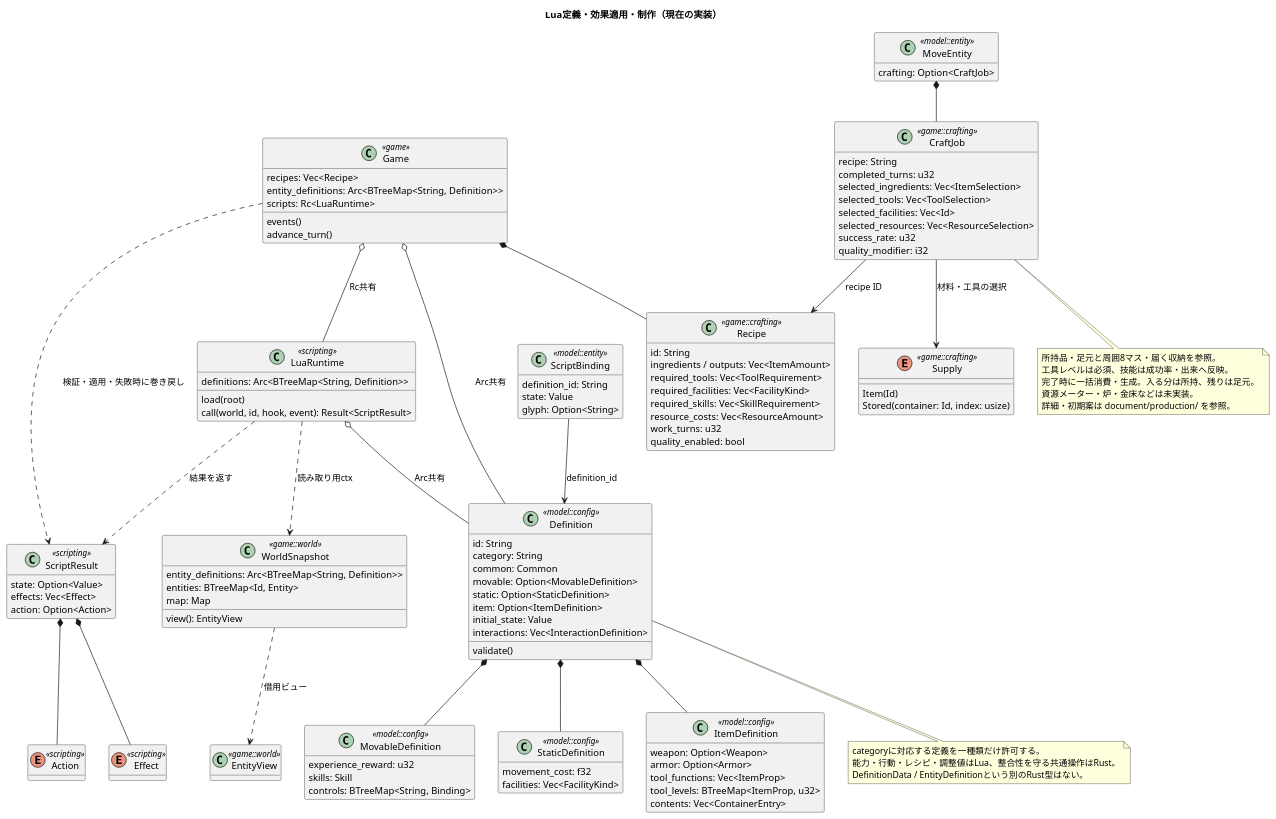
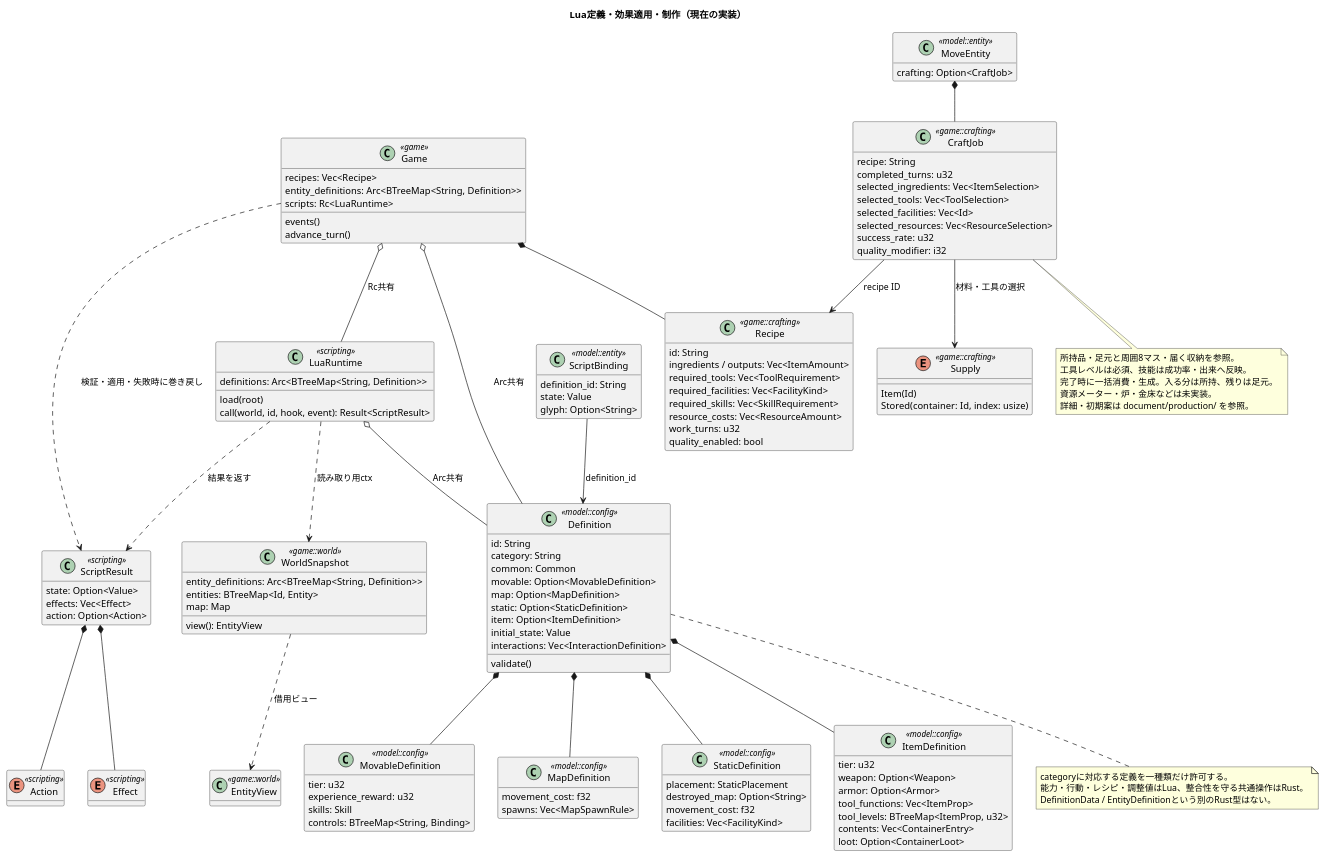
Before and after one commit to motcom/MyRogue: the third of 3 diagrams in document/class.pu, drawn with PlantUML. The commit also changed other lines of this file and 215 other files, not shown here.

```diff
--- a/document/class.pu
+++ b/document/class.pu
@@ -206,123 +214,134 @@
 @startuml class_rules
 title Lua定義・効果適用・制作（現在の実装）
 skinparam shadowing false
 skinparam classAttributeIconSize 0
 hide empty methods
 
 class Game <<game>> {
   recipes: Vec<Recipe>
   entity_definitions: Arc<BTreeMap<String, Definition>>
   scripts: Rc<LuaRuntime>
   events()
   advance_turn()
 }
 class LuaRuntime <<scripting>> {
   definitions: Arc<BTreeMap<String, Definition>>
   load(root)
   call(world, id, hook, event): Result<ScriptResult>
 }
 class ScriptResult <<scripting>> {
   state: Option<Value>
   effects: Vec<Effect>
   action: Option<Action>
 }
 enum Action <<scripting>>
 enum Effect <<scripting>>
 class WorldSnapshot <<game::world>> {
   entity_definitions: Arc<BTreeMap<String, Definition>>
   entities: BTreeMap<Id, Entity>
   map: Map
   view(): EntityView
 }
 class EntityView <<game::world>>
 class ScriptBinding <<model::entity>> {
   definition_id: String
   state: Value
   glyph: Option<String>
 }
 class Definition <<model::config>> {
   id: String
   category: String
   common: Common
   movable: Option<MovableDefinition>
+  map: Option<MapDefinition>
   static: Option<StaticDefinition>
   item: Option<ItemDefinition>
   initial_state: Value
   interactions: Vec<InteractionDefinition>
   validate()
 }
 class MovableDefinition <<model::config>> {
+  tier: u32
   experience_reward: u32
   skills: Skill
   controls: BTreeMap<String, Binding>
 }
+class MapDefinition <<model::config>> {
+  movement_cost: f32
+  spawns: Vec<MapSpawnRule>
+}
 class StaticDefinition <<model::config>> {
+  placement: StaticPlacement
+  destroyed_map: Option<String>
   movement_cost: f32
   facilities: Vec<FacilityKind>
 }
 class ItemDefinition <<model::config>> {
+  tier: u32
   weapon: Option<Weapon>
   armor: Option<Armor>
   tool_functions: Vec<ItemProp>
   tool_levels: BTreeMap<ItemProp, u32>
   contents: Vec<ContainerEntry>
+  loot: Option<ContainerLoot>
 }
 class Recipe <<game::crafting>> {
   id: String
   ingredients / outputs: Vec<ItemAmount>
   required_tools: Vec<ToolRequirement>
   required_facilities: Vec<FacilityKind>
   required_skills: Vec<SkillRequirement>
   resource_costs: Vec<ResourceAmount>
   work_turns: u32
   quality_enabled: bool
 }
 class CraftJob <<game::crafting>> {
   recipe: String
   completed_turns: u32
   selected_ingredients: Vec<ItemSelection>
   selected_tools: Vec<ToolSelection>
   selected_facilities: Vec<Id>
   selected_resources: Vec<ResourceSelection>
   success_rate: u32
   quality_modifier: i32
 }
 enum Supply <<game::crafting>> {
   Item(Id)
   Stored(container: Id, index: usize)
 }
 class MoveEntity <<model::entity>> {
   crafting: Option<CraftJob>
 }
 
 Game o-- LuaRuntime : Rc共有
 Game o-- Definition : Arc共有
 LuaRuntime o-- Definition : Arc共有
 LuaRuntime ..> WorldSnapshot : 読み取り用ctx
 WorldSnapshot ..> EntityView : 借用ビュー
 LuaRuntime ..> ScriptResult : 結果を返す
 ScriptResult *-- Action
 ScriptResult *-- Effect
 Game ..> ScriptResult : 検証・適用・失敗時に巻き戻し
 ScriptBinding --> Definition : definition_id
 Definition *-- MovableDefinition
+Definition *-- MapDefinition
 Definition *-- StaticDefinition
 Definition *-- ItemDefinition
 Game *-- Recipe
 MoveEntity *-- CraftJob
 CraftJob --> Recipe : recipe ID
 CraftJob --> Supply : 材料・工具の選択
 
 note bottom of Definition
   categoryに対応する定義を一種類だけ許可する。
   能力・行動・レシピ・調整値はLua、整合性を守る共通操作はRust。
   DefinitionData / EntityDefinitionという別のRust型はない。
 end note
 note bottom of CraftJob
   所持品・足元と周囲8マス・届く収納を参照。
   工具レベルは必須、技能は成功率・出来へ反映。
   完了時に一括消費・生成。入る分は所持、残りは足元。
   資源メーター・炉・金床などは未実装。
   詳細・初期案は document/production/ を参照。
 end note
 @enduml
```
